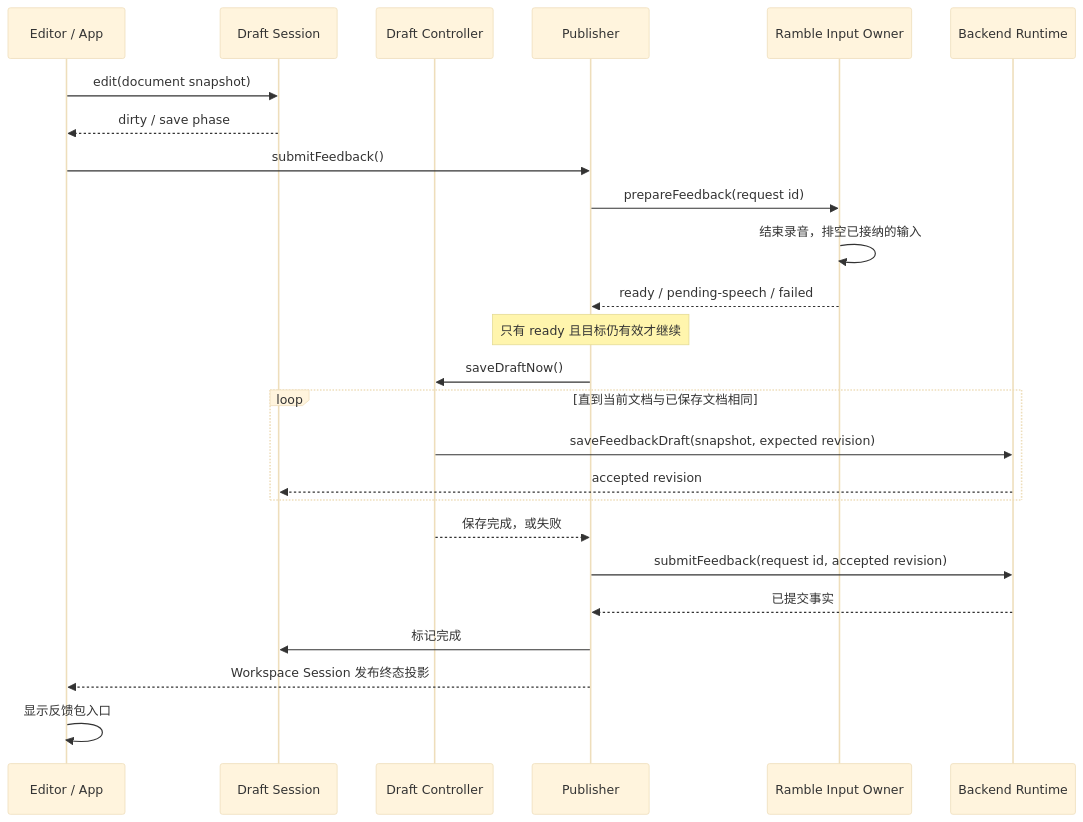
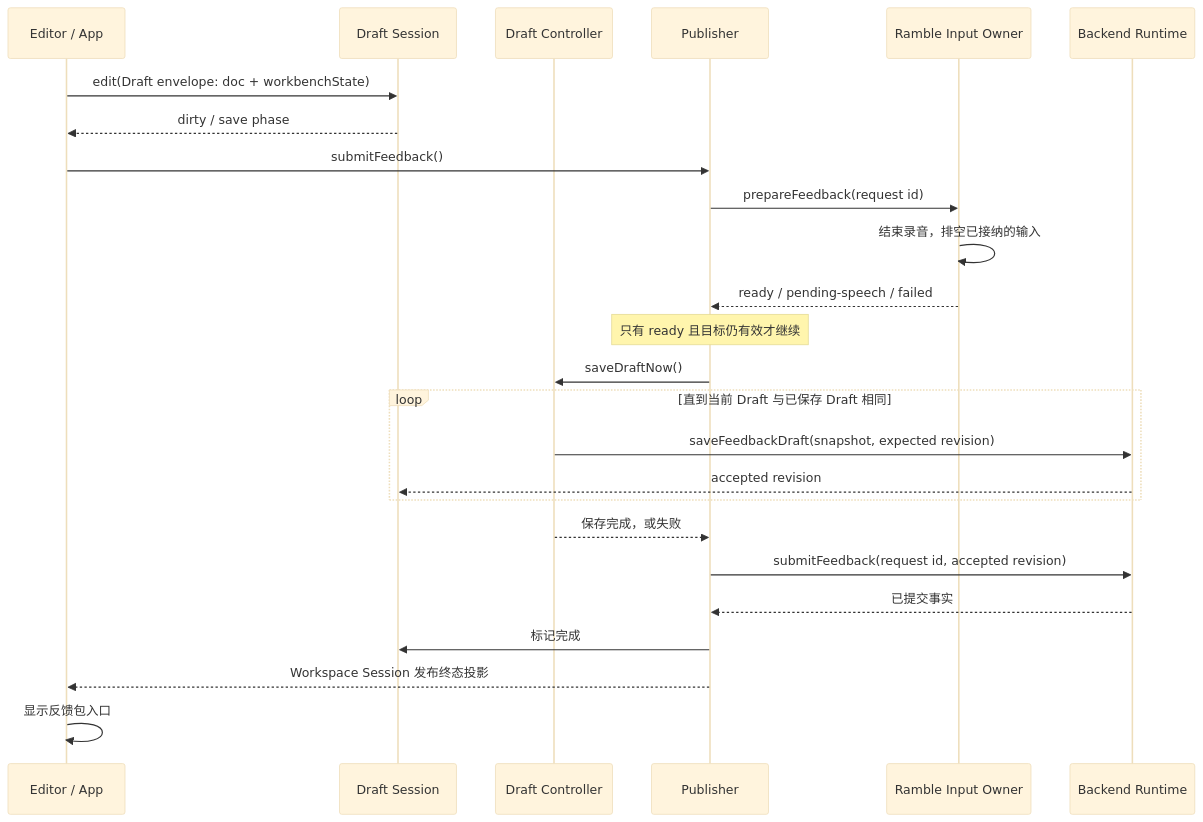
One commit to l1veIn/rambledesk changed the diagram in docs/FEEDBACK_FLOW_WALKTHROUGH.md. Above: the diagram before and after it, drawn with Mermaid (base theme). The commit also changed other lines of this file and 35 other files, not shown here.

````diff
--- a/docs/FEEDBACK_FLOW_WALKTHROUGH.md
+++ b/docs/FEEDBACK_FLOW_WALKTHROUGH.md
@@ -10,27 +9,27 @@
 ```mermaid
 sequenceDiagram
     participant UI as Editor / App
     participant Draft as Draft Session
     participant Save as Draft Controller
     participant Publish as Publisher
     participant Input as Ramble Input Owner
     participant Backend as Backend Runtime
-    UI->>Draft: edit(document snapshot)
+    UI->>Draft: edit(Draft envelope: doc + workbenchState)
     Draft-->>UI: dirty / save phase
     UI->>Publish: submitFeedback()
     Publish->>Input: prepareFeedback(request id)
     Input->>Input: 结束录音，排空已接纳的输入
     Input-->>Publish: ready / pending-speech / failed
     Note over Publish: 只有 ready 且目标仍有效才继续
     Publish->>Save: saveDraftNow()
-    loop 直到当前文档与已保存文档相同
+    loop 直到当前 Draft 与已保存 Draft 相同
         Save->>Backend: saveFeedbackDraft(snapshot, expected revision)
         Backend-->>Draft: accepted revision
     end
     Save-->>Publish: 保存完成，或失败
     Publish->>Backend: submitFeedback(request id, accepted revision)
     Backend-->>Publish: 已提交事实
     Publish->>Draft: 标记完成
     Publish-->>UI: Workspace Session 发布终态投影
     UI->>UI: 显示反馈包入口
 ```
````
